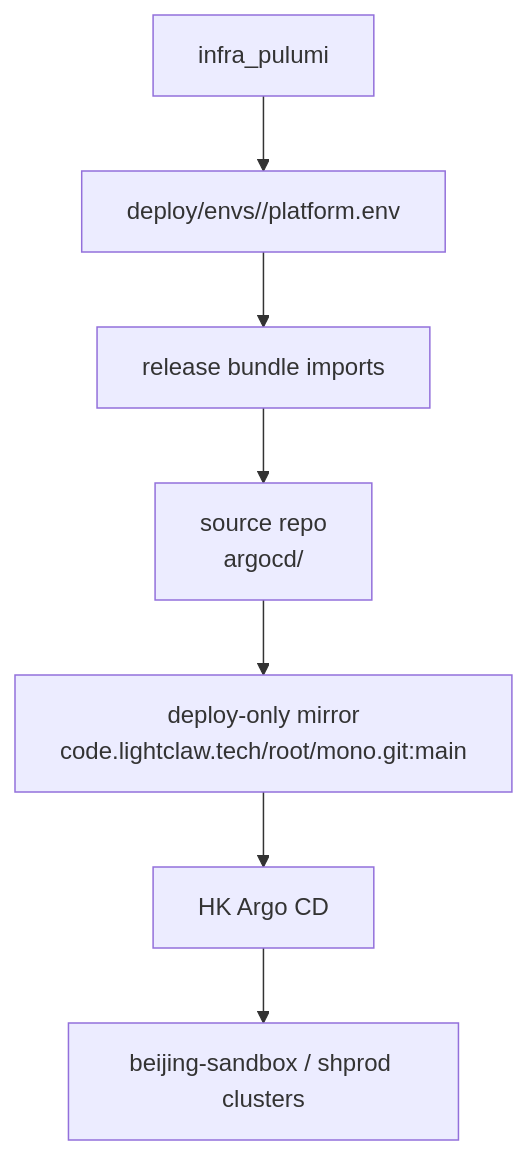
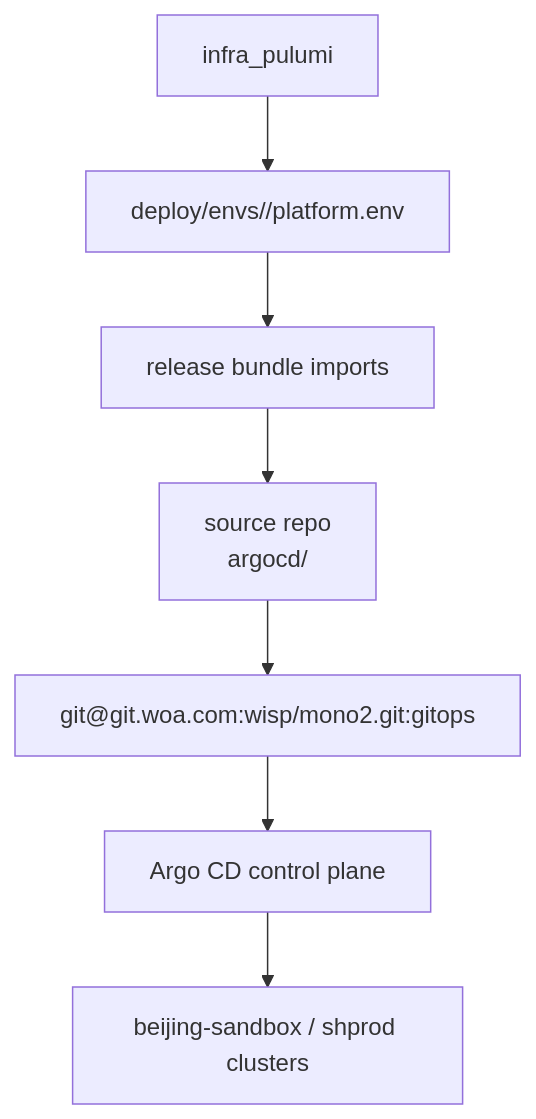
One commit to opencraft-app/opencraft changed the diagram in docs/deploy-guides/deployment-model-overview.md. Above: the diagram before and after it, drawn with Mermaid. The commit also changed other lines of this file and 79 other files, not shown here.

````diff
--- a/docs/deploy-guides/deployment-model-overview.md
+++ b/docs/deploy-guides/deployment-model-overview.md
@@ -15,9 +19,9 @@
 ```mermaid
 flowchart TD
     A["infra_pulumi"] --> B["deploy/envs/<env>/platform.env"]
     B --> C["release bundle imports"]
     C --> D["source repo<br/>argocd/"]
-    D --> E["deploy-only mirror<br/>code.lightclaw.tech/root/mono.git:main"]
-    E --> F["HK Argo CD"]
+    D --> E["git@git.woa.com:wisp/mono2.git:gitops"]
+    E --> F["Argo CD control plane"]
     F --> G["beijing-sandbox / shprod clusters"]
 ```
````
